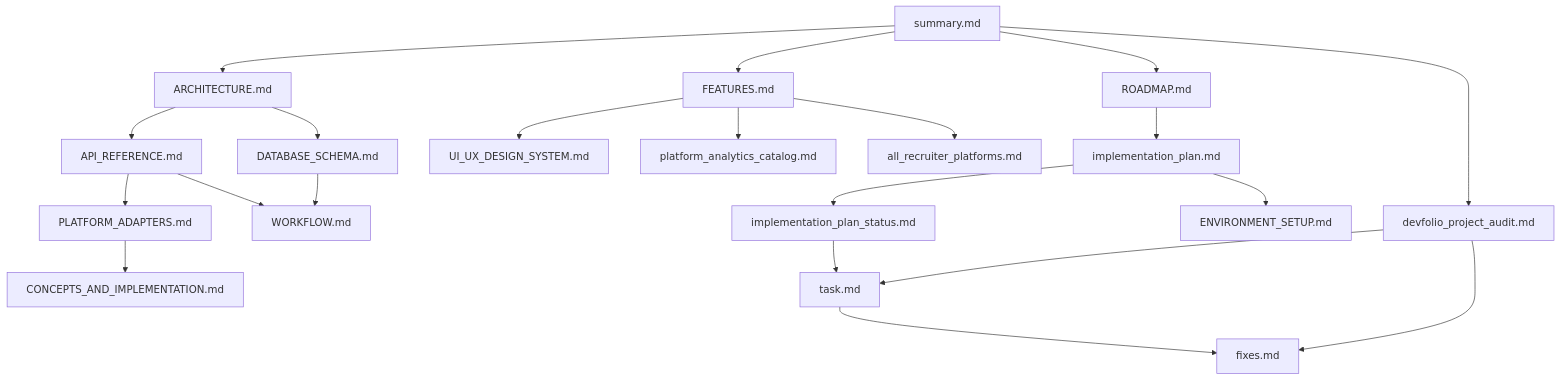
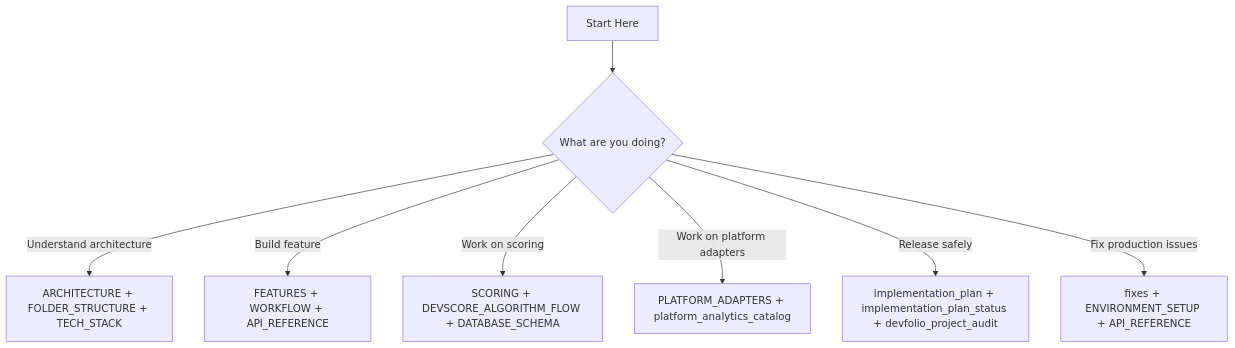
The third of 3 diagrams in documentation/README.md (SubhashKumar14/DevFolio-App), drawn with Mermaid before and after one commit. The commit also changed other lines of this file and 22 other files, not shown here.

Commit message:
docs: add theoretical foundations to diagram-first documentation

````diff
--- a/documentation/README.md
+++ b/documentation/README.md
@@ -83,23 +69,10 @@
 ```mermaid
 flowchart TD
-	A[summary.md] --> B[ARCHITECTURE.md]
-	A --> C[FEATURES.md]
-	B --> D[API_REFERENCE.md]
-	B --> E[DATABASE_SCHEMA.md]
-	C --> F[UI_UX_DESIGN_SYSTEM.md]
-	C --> G[platform_analytics_catalog.md]
-	D --> H[PLATFORM_ADAPTERS.md]
-	D --> I[WORKFLOW.md]
-	E --> I
-	H --> J[CONCEPTS_AND_IMPLEMENTATION.md]
-	A --> K[ROADMAP.md]
-	K --> L[implementation_plan.md]
-	L --> M[implementation_plan_status.md]
-	M --> N[task.md]
-	N --> O[fixes.md]
-	A --> P[devfolio_project_audit.md]
-	P --> N
-	P --> O
-	L --> Q[ENVIRONMENT_SETUP.md]
-	C --> R[all_recruiter_platforms.md]
+  A[Start Here] --> B{What are you doing?}
+  B -->|Understand architecture| C[ARCHITECTURE + FOLDER_STRUCTURE + TECH_STACK]
+  B -->|Build feature| D[FEATURES + WORKFLOW + API_REFERENCE]
+  B -->|Work on scoring| E[SCORING + DEVSCORE_ALGORITHM_FLOW + DATABASE_SCHEMA]
+  B -->|Work on platform adapters| F[PLATFORM_ADAPTERS + platform_analytics_catalog]
+  B -->|Release safely| G[implementation_plan + implementation_plan_status + devfolio_project_audit]
+  B -->|Fix production issues| H[fixes + ENVIRONMENT_SETUP + API_REFERENCE]
 ```
````
